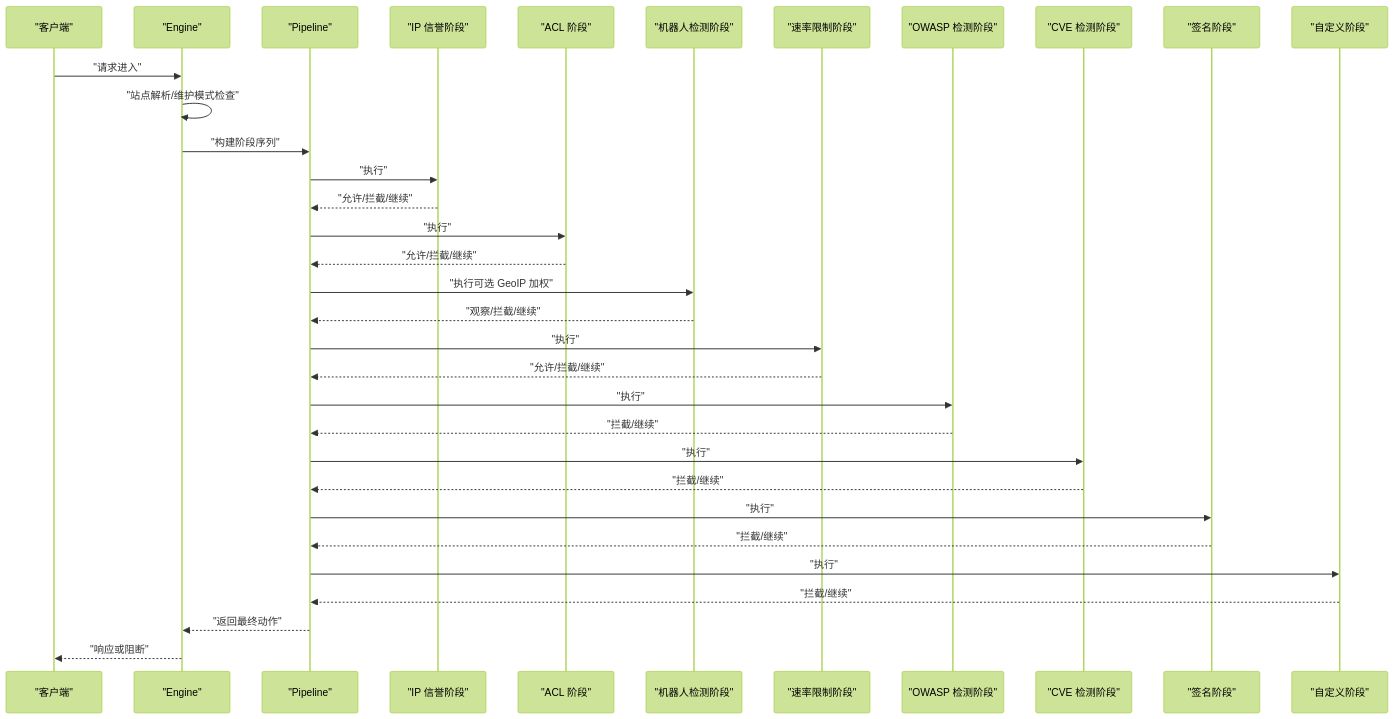
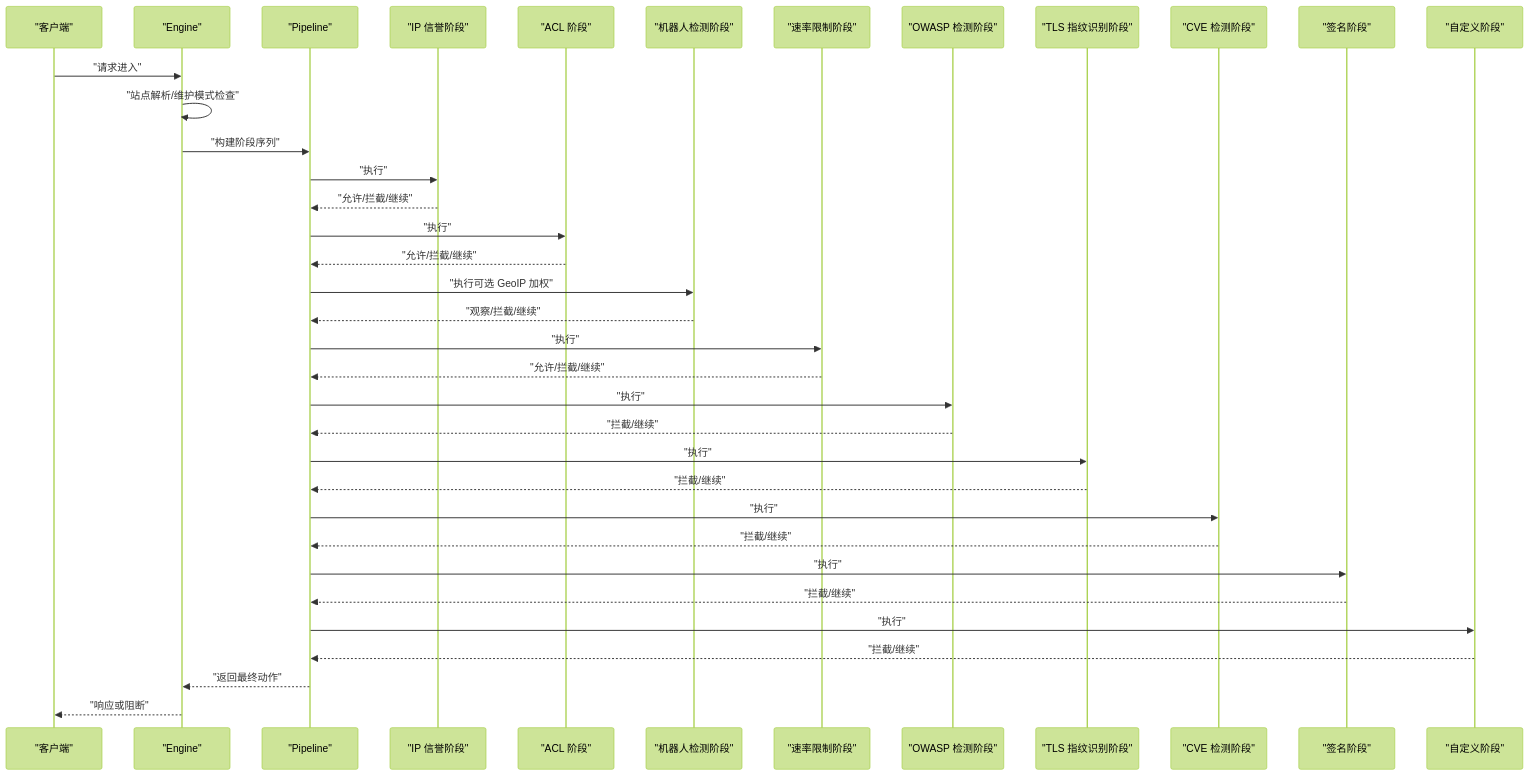
The second of 11 diagrams in docs/WAF 引擎系统/处理阶段详解/处理阶段详解.md (x01n/My-OpenWaf), drawn with Mermaid (forest theme) before and after one commit. The commit also changed other lines of this file and 51 other files, not shown here.

````diff
--- a/docs/WAF 引擎系统/处理阶段详解/处理阶段详解.md
+++ b/docs/WAF 引擎系统/处理阶段详解/处理阶段详解.md
@@ -86,35 +103,38 @@
 ```mermaid
 sequenceDiagram
 participant Client as "客户端"
 participant Engine as "Engine"
 participant Pipe as "Pipeline"
 participant IPRep as "IP 信誉阶段"
 participant ACL as "ACL 阶段"
 participant Bot as "机器人检测阶段"
 participant RL as "速率限制阶段"
 participant OWASP as "OWASP 检测阶段"
+participant TLS as "TLS 指纹识别阶段"
 participant CVE as "CVE 检测阶段"
 participant Sig as "签名阶段"
 participant Custom as "自定义阶段"
 Client->>Engine : "请求进入"
 Engine->>Engine : "站点解析/维护模式检查"
 Engine->>Pipe : "构建阶段序列"
 Pipe->>IPRep : "执行"
 IPRep-->>Pipe : "允许/拦截/继续"
 Pipe->>ACL : "执行"
 ACL-->>Pipe : "允许/拦截/继续"
 Pipe->>Bot : "执行可选 GeoIP 加权"
 Bot-->>Pipe : "观察/拦截/继续"
 Pipe->>RL : "执行"
 RL-->>Pipe : "允许/拦截/继续"
 Pipe->>OWASP : "执行"
 OWASP-->>Pipe : "拦截/继续"
+Pipe->>TLS : "执行"
+TLS-->>Pipe : "拦截/继续"
 Pipe->>CVE : "执行"
 CVE-->>Pipe : "拦截/继续"
 Pipe->>Sig : "执行"
 Sig-->>Pipe : "拦截/继续"
 Pipe->>Custom : "执行"
 Custom-->>Pipe : "拦截/继续"
 Pipe-->>Engine : "返回最终动作"
 Engine-->>Client : "响应或阻断"
 ```
````
